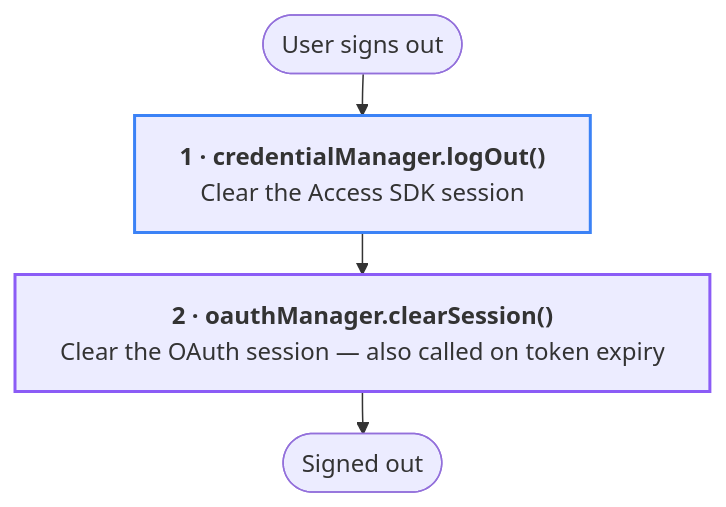
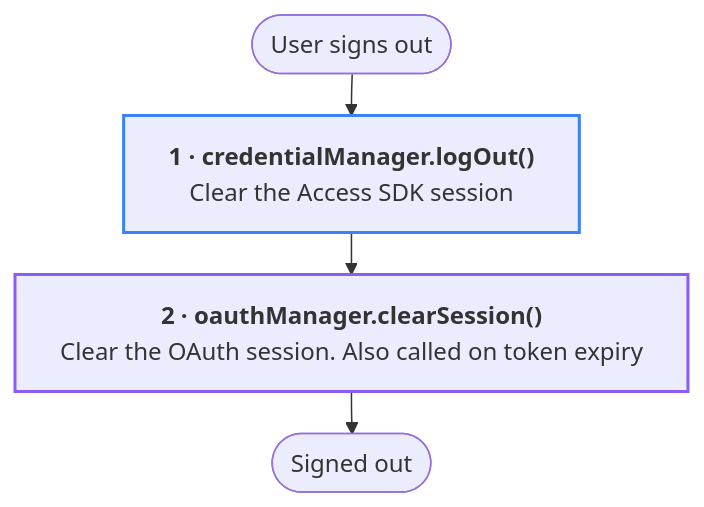
Before and after one commit to Yash-Wadatkar-Binaryveda/sdk-docs-site: the tenth of 11 diagrams in docs/user-onboarding.md, drawn with Mermaid. The commit also changed other lines of this file and 3 other files, not shown here.

````diff
--- a/docs/user-onboarding.md
+++ b/docs/user-onboarding.md
@@ -275,13 +275,13 @@
     ```mermaid
     %%{init:{"flowchart":{"wrappingWidth":500,"nodeSpacing":24,"rankSpacing":28}}}%%
     flowchart TD
         S(["User signs out"]) --> N1
         N1["<b>1 · credentialManager.logOut()</b><br/>Clear the Access SDK session"]
-        N1 --> N2["<b>2 · oauthManager.clearSession()</b><br/>Clear the OAuth session — also called on token expiry"]
+        N1 --> N2["<b>2 · oauthManager.clearSession()</b><br/>Clear the OAuth session. Also called on token expiry"]
         N2 --> E(["Signed out"])
 
         classDef sdkOauth stroke:#8b5cf6,stroke-width:2px
         classDef sdkAccess stroke:#3b82f6,stroke-width:2px
         class N2 sdkOauth
         class N1 sdkAccess
     ```
````
